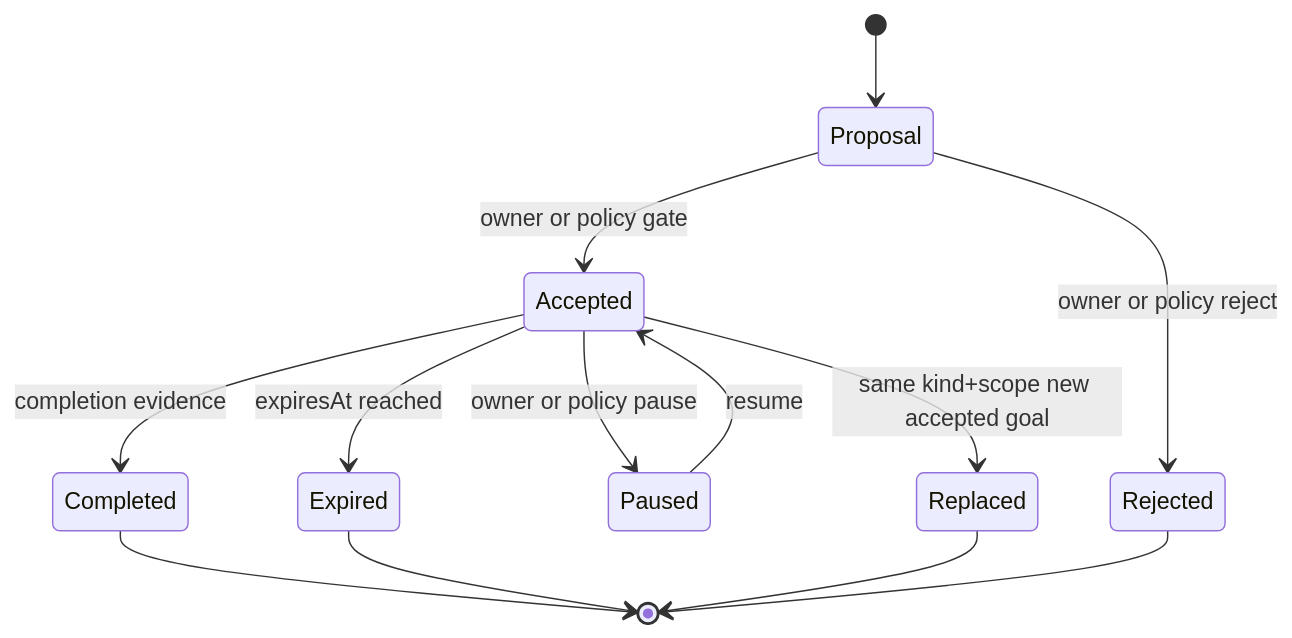
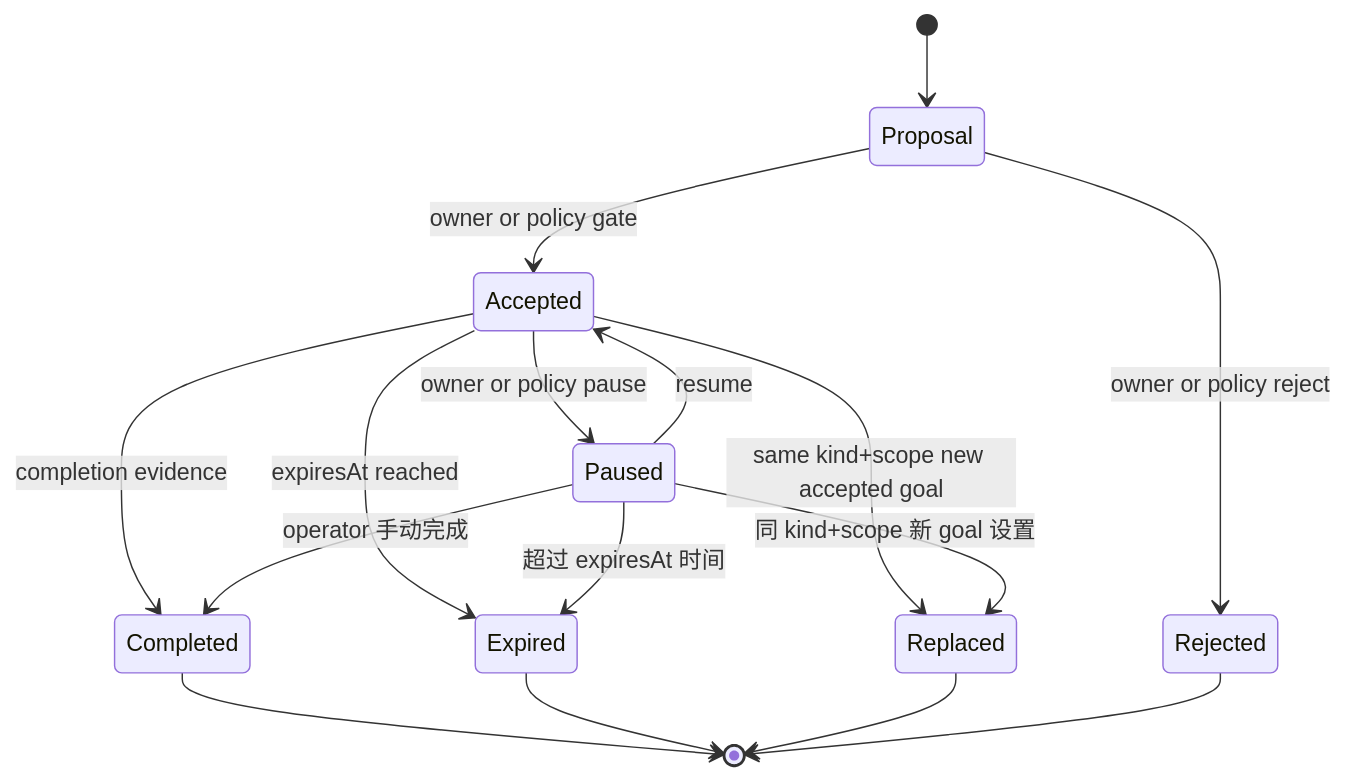
Before and after one commit to Haaaiawd/Second-Nature: the third of 5 diagrams in .anws/v7/04_SYSTEM_DESIGN/state-memory-system.md, drawn with Mermaid. The commit also changed other lines of this file and 9 other files, not shown here.

````diff
--- a/.anws/v7/04_SYSTEM_DESIGN/state-memory-system.md
+++ b/.anws/v7/04_SYSTEM_DESIGN/state-memory-system.md
@@ -190,15 +190,18 @@
 ```mermaid
 stateDiagram-v2
     [*] --> Proposal
     Proposal --> Accepted: owner or policy gate
     Accepted --> Completed: completion evidence
     Accepted --> Expired: expiresAt reached
     Accepted --> Paused: owner or policy pause
     Accepted --> Replaced: same kind+scope new accepted goal
     Paused --> Accepted: resume
+    Paused --> Completed: operator 手动完成
+    Paused --> Expired: 超过 expiresAt 时间
+    Paused --> Replaced: 同 kind+scope 新 goal 设置
     Proposal --> Rejected: owner or policy reject
     Completed --> [*]
     Expired --> [*]
     Replaced --> [*]
     Rejected --> [*]
 ```
````
